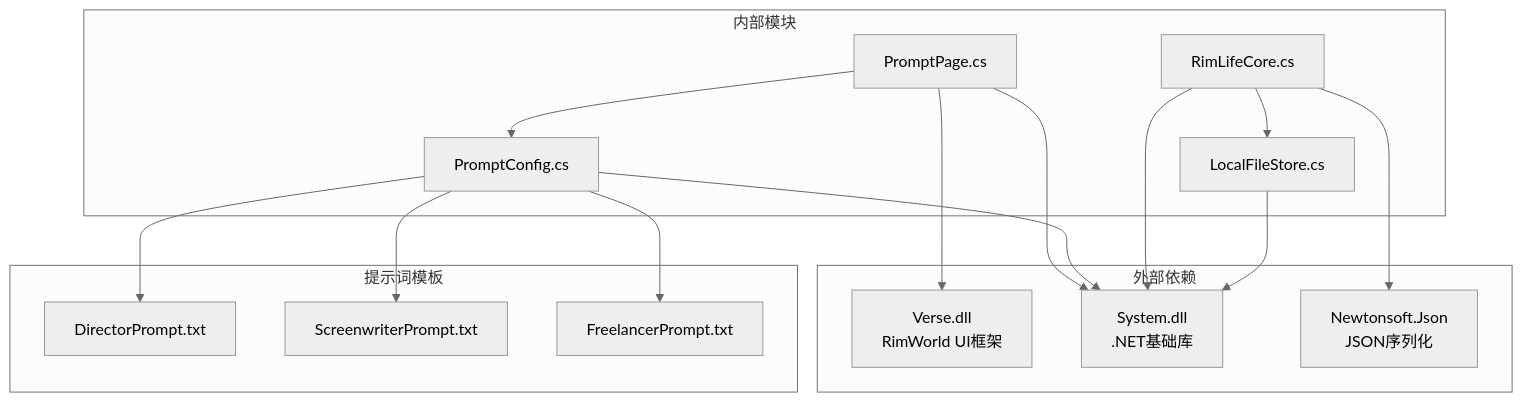
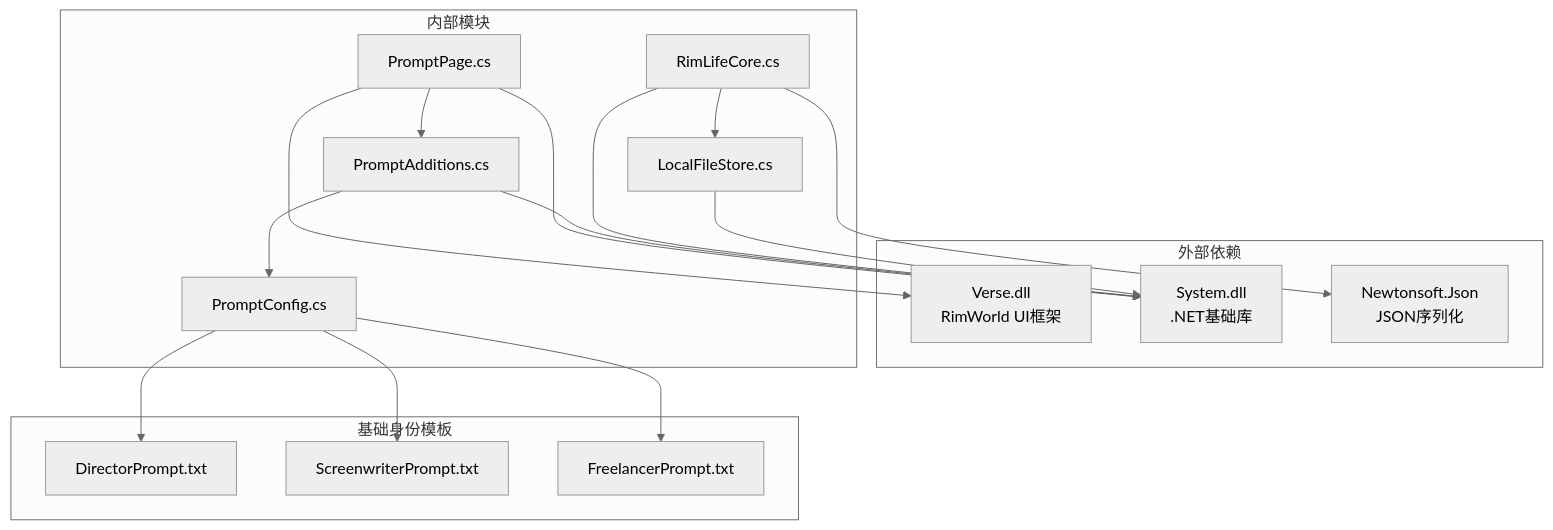
Before and after one commit to suzvka/RimLife: the seventh of 7 diagrams in .qoder/repowiki/zh/content/用户界面系统/提示词配置页面.md, drawn with Mermaid (neutral theme). The commit also changed other lines of this file and 32 other files, not shown here.

````diff
--- a/.qoder/repowiki/zh/content/用户界面系统/提示词配置页面.md
+++ b/.qoder/repowiki/zh/content/用户界面系统/提示词配置页面.md
@@ -297,30 +329,32 @@
 ```mermaid
 graph TB
 subgraph "外部依赖"
 A[Verse.dll<br/>RimWorld UI框架]
 B[System.dll<br/>.NET基础库]
 C[Newtonsoft.Json<br/>JSON序列化]
 end
 subgraph "内部模块"
 D[PromptPage.cs]
-E[PromptConfig.cs]
+E[PromptAdditions.cs]
 F[RimLifeCore.cs]
 G[LocalFileStore.cs]
+H[PromptConfig.cs]
 end
-subgraph "提示词模板"
-H[DirectorPrompt.txt]
-I[ScreenwriterPrompt.txt]
-J[FreelancerPrompt.txt]
+subgraph "基础身份模板"
+I[DirectorPrompt.txt]
+J[ScreenwriterPrompt.txt]
+K[FreelancerPrompt.txt]
 end
 D --> A
 D --> B
 E --> B
 F --> B
 G --> B
 F --> C
 D --> E
 E --> H
-E --> I
-E --> J
+H --> I
+H --> J
+H --> K
 F --> G
 ```
````
